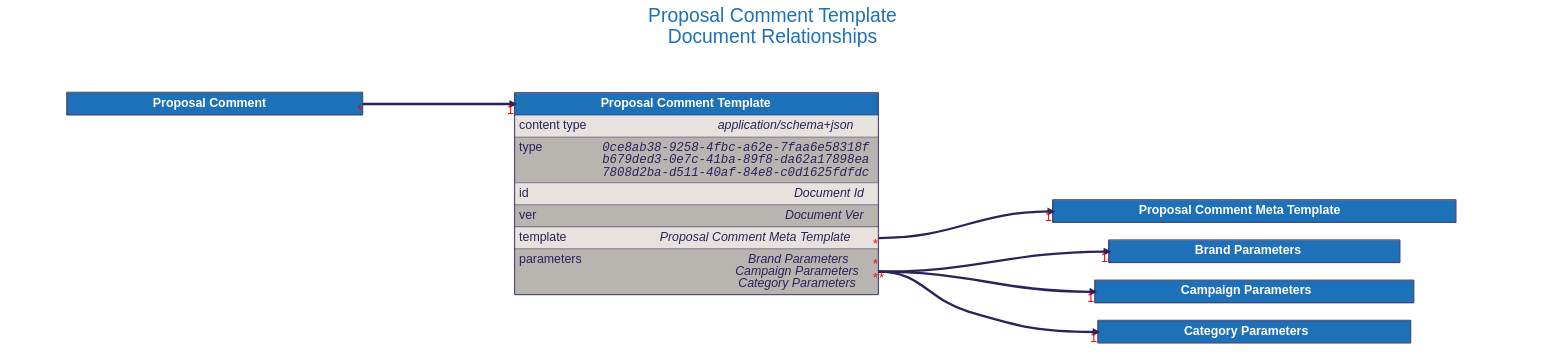
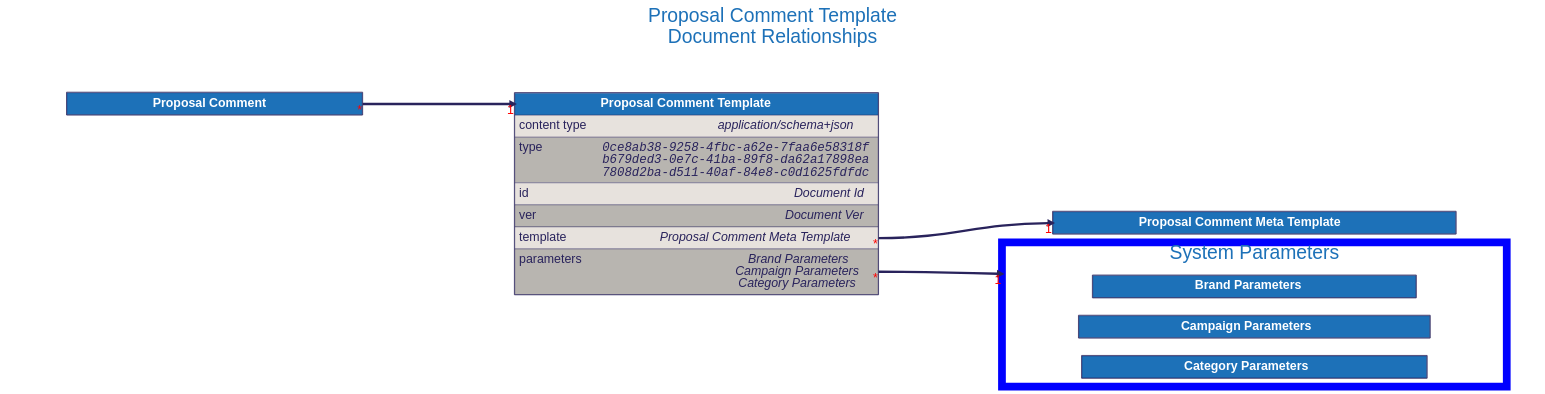
One commit to input-output-hk/catalyst-libs changed the diagram in docs/src/architecture/08_concepts/signed_doc/diagrams/proposal_comment_template.dot. Above: the diagram before and after it, drawn with Graphviz. The commit also changed 17 other files, not shown here.

Commit message:
feat(docs): Add document clusters to help with autogenerated diagrams.

```diff
--- a/docs/src/architecture/08_concepts/signed_doc/diagrams/proposal_comment_template.dot
+++ b/docs/src/architecture/08_concepts/signed_doc/diagrams/proposal_comment_template.dot
@@ -1,169 +1,175 @@
 digraph "Proposal Comment Template" {
     rankdir="LR"
-        graph [fontname="helvetica", fontsize="32", fontcolor="#29235c", bgcolor="white"];
-        node [penwidth="0", margin="0", fontname="helvetica", fontsize="32", fontcolor="#29235c"];
-        edge [fontname="helvetica", fontsize="32", fontcolor="red", color="#29235c"];
+    graph [fontname="helvetica", fontsize="32", fontcolor="#29235c", bgcolor="white"];
+    node [penwidth="0", margin="0", fontname="helvetica", fontsize="32", fontcolor="#29235c"];
+    edge [fontname="helvetica", fontsize="32", fontcolor="red", color="#29235c"];
 
     labelloc="t"
     label="Proposal Comment Template
 Document Relationships"
     fontcolor="#1d71b8"
     fontsize=50
+    compound=true
+
 
 
     "Proposal Comment Meta Template" [
         id="Proposal Comment Meta Template";
         label=<
             <TABLE BORDER="2" COLOR="#29235c" CELLBORDER="1" CELLSPACING="0" CELLPADDING="10">
             <TR>
                 <TD PORT="title" BGCOLOR="#1d71b8" HREF="../proposal_comment_meta_template/">
                     <FONT COLOR="#ffffff"><B> Proposal Comment Meta Template </B></FONT>
-                </TD>
-            </TR>
-
-            </TABLE>
-        >
-    ];
-
-
-    "Brand Parameters" [
-        id="Brand Parameters";
-        label=<
-            <TABLE BORDER="2" COLOR="#29235c" CELLBORDER="1" CELLSPACING="0" CELLPADDING="10">
-            <TR>
-                <TD PORT="title" BGCOLOR="#1d71b8" HREF="../brand_parameters/">
-                    <FONT COLOR="#ffffff"><B> Brand Parameters </B></FONT>
-                </TD>
-            </TR>
-
-            </TABLE>
-        >
-    ];
-
-
-    "Campaign Parameters" [
-        id="Campaign Parameters";
-        label=<
-            <TABLE BORDER="2" COLOR="#29235c" CELLBORDER="1" CELLSPACING="0" CELLPADDING="10">
-            <TR>
-                <TD PORT="title" BGCOLOR="#1d71b8" HREF="../campaign_parameters/">
-                    <FONT COLOR="#ffffff"><B> Campaign Parameters </B></FONT>
-                </TD>
-            </TR>
-
-            </TABLE>
-        >
-    ];
-
-
-    "Category Parameters" [
-        id="Category Parameters";
-        label=<
-            <TABLE BORDER="2" COLOR="#29235c" CELLBORDER="1" CELLSPACING="0" CELLPADDING="10">
-            <TR>
-                <TD PORT="title" BGCOLOR="#1d71b8" HREF="../category_parameters/">
-                    <FONT COLOR="#ffffff"><B> Category Parameters </B></FONT>
                 </TD>
             </TR>
 
             </TABLE>
         >
     ];
 
 
     "Proposal Comment Template" [
         id="Proposal Comment Template";
         label=<
             <TABLE BORDER="2" COLOR="#29235c" CELLBORDER="1" CELLSPACING="0" CELLPADDING="10">
             <TR>
                 <TD PORT="title" BGCOLOR="#1d71b8" HREF="../proposal_comment_template/">
                     <FONT COLOR="#ffffff"><B> Proposal Comment Template </B></FONT>
                 </TD>
             </TR>
             <TR>
                 <TD ALIGN="LEFT" PORT="content type" BGCOLOR="#e7e2dd">
                     <TABLE CELLPADDING="0" CELLSPACING="0" BORDER="0">
                         <TR>
                             <TD ALIGN="LEFT" VALIGN="TOP" WIDTH="200"><FONT>content type</FONT></TD>
                             <TD ALIGN="RIGHT"><FONT><I>application/schema+json</I></FONT></TD>
                         </TR>
                     </TABLE>
                 </TD>
             </TR>
             <TR>
                 <TD ALIGN="LEFT" PORT="type" BGCOLOR="#b8b5b0">
                     <TABLE CELLPADDING="0" CELLSPACING="0" BORDER="0">
                         <TR>
                             <TD ALIGN="LEFT" VALIGN="TOP" WIDTH="200"><FONT>type</FONT></TD>
                             <TD ALIGN="RIGHT"><FONT FACE="Courier"><I>0ce8ab38-9258-4fbc-a62e-7faa6e58318f<BR />b679ded3-0e7c-41ba-89f8-da62a17898ea<BR />7808d2ba-d511-40af-84e8-c0d1625fdfdc</I></FONT></TD>
                         </TR>
                     </TABLE>
                 </TD>
             </TR>
             <TR>
                 <TD ALIGN="LEFT" PORT="id" BGCOLOR="#e7e2dd">
                     <TABLE CELLPADDING="0" CELLSPACING="0" BORDER="0">
                         <TR>
                             <TD ALIGN="LEFT" VALIGN="TOP" WIDTH="200"><FONT>id</FONT></TD>
                             <TD ALIGN="RIGHT"><FONT><I>Document Id</I></FONT></TD>
                         </TR>
                     </TABLE>
                 </TD>
             </TR>
             <TR>
                 <TD ALIGN="LEFT" PORT="ver" BGCOLOR="#b8b5b0">
                     <TABLE CELLPADDING="0" CELLSPACING="0" BORDER="0">
                         <TR>
                             <TD ALIGN="LEFT" VALIGN="TOP" WIDTH="200"><FONT>ver</FONT></TD>
                             <TD ALIGN="RIGHT"><FONT><I>Document Ver</I></FONT></TD>
                         </TR>
                     </TABLE>
                 </TD>
             </TR>
             <TR>
                 <TD ALIGN="LEFT" PORT="template" BGCOLOR="#e7e2dd">
                     <TABLE CELLPADDING="0" CELLSPACING="0" BORDER="0">
                         <TR>
                             <TD ALIGN="LEFT" VALIGN="TOP" WIDTH="200"><FONT>template</FONT></TD>
                             <TD ALIGN="RIGHT"><FONT><I>Proposal Comment Meta Template</I></FONT></TD>
                         </TR>
                     </TABLE>
                 </TD>
             </TR>
             <TR>
                 <TD ALIGN="LEFT" PORT="parameters" BGCOLOR="#b8b5b0">
                     <TABLE CELLPADDING="0" CELLSPACING="0" BORDER="0">
                         <TR>
                             <TD ALIGN="LEFT" VALIGN="TOP" WIDTH="200"><FONT>parameters</FONT></TD>
                             <TD ALIGN="RIGHT"><FONT><I>Brand Parameters<BR />Campaign Parameters<BR />Category Parameters</I></FONT></TD>
                         </TR>
                     </TABLE>
                 </TD>
             </TR>
 
             </TABLE>
         >
     ];
 
 
     "Proposal Comment" [
         id="Proposal Comment";
         label=<
             <TABLE BORDER="2" COLOR="#29235c" CELLBORDER="1" CELLSPACING="0" CELLPADDING="10">
             <TR>
-                <TD PORT="title" BGCOLOR="#1d71b8" HREF="../proposal_comment/">
+                <TD PORT="title" BGCOLOR="#1d71b8" HREF="../proposal_comment_template/">
                     <FONT COLOR="#ffffff"><B> Proposal Comment </B></FONT>
                 </TD>
             </TR>
 
             </TABLE>
         >
     ];
 
 
+    subgraph cluster_system_parameters {
+        label = "System Parameters";
+        color=blue
+        penwidth=20
+
+        "Brand Parameters" [
+            id="Brand Parameters";
+            label=<
+                <TABLE BORDER="2" COLOR="#29235c" CELLBORDER="1" CELLSPACING="0" CELLPADDING="10">
+                <TR>
+                    <TD PORT="title" BGCOLOR="#1d71b8" HREF="../brand_parameters/">
+                        <FONT COLOR="#ffffff"><B> Brand Parameters </B></FONT>
+                    </TD>
+                </TR>
+
+                </TABLE>
+            >
+        ];
+
+
+        "Campaign Parameters" [
+            id="Campaign Parameters";
+            label=<
+                <TABLE BORDER="2" COLOR="#29235c" CELLBORDER="1" CELLSPACING="0" CELLPADDING="10">
+                <TR>
+                    <TD PORT="title" BGCOLOR="#1d71b8" HREF="../campaign_parameters/">
+                        <FONT COLOR="#ffffff"><B> Campaign Parameters </B></FONT>
+                    </TD>
+                </TR>
+
+                </TABLE>
+            >
+        ];
+
+
+        "Category Parameters" [
+            id="Category Parameters";
+            label=<
+                <TABLE BORDER="2" COLOR="#29235c" CELLBORDER="1" CELLSPACING="0" CELLPADDING="10">
+                <TR>
+                    <TD PORT="title" BGCOLOR="#1d71b8" HREF="../category_parameters/">
+                        <FONT COLOR="#ffffff"><B> Category Parameters </B></FONT>
+                    </TD>
+                </TR>
+
+                </TABLE>
+            >
+        ];
+
+    }
+
     "Proposal Comment Template":"template":e -> "Proposal Comment Meta Template":"title":w [dir=forward, penwidth=6, color="#29235c", headlabel="1", taillabel="*"]
-    "Proposal Comment Template":"parameters":e -> "Brand Parameters":"title":w [dir=forward, penwidth=6, color="#29235c", headlabel="1", taillabel="*"]
-    "Proposal Comment Template":"parameters":e -> "Campaign Parameters":"title":w [dir=forward, penwidth=6, color="#29235c", headlabel="1", taillabel="*"]
-    "Proposal Comment Template":"parameters":e -> "Category Parameters":"title":w [dir=forward, penwidth=6, color="#29235c", headlabel="1", taillabel="*"]
+    "Proposal Comment Template":"parameters":e -> "Brand Parameters" [dir=forward, penwidth=6, color="#29235c", headlabel="1", taillabel="*", lhead="cluster_system_parameters"]
     "Proposal Comment":"title":e -> "Proposal Comment Template":"title":w [dir=forward, penwidth=6, color="#29235c", headlabel="1", taillabel="*"]
 }
```
